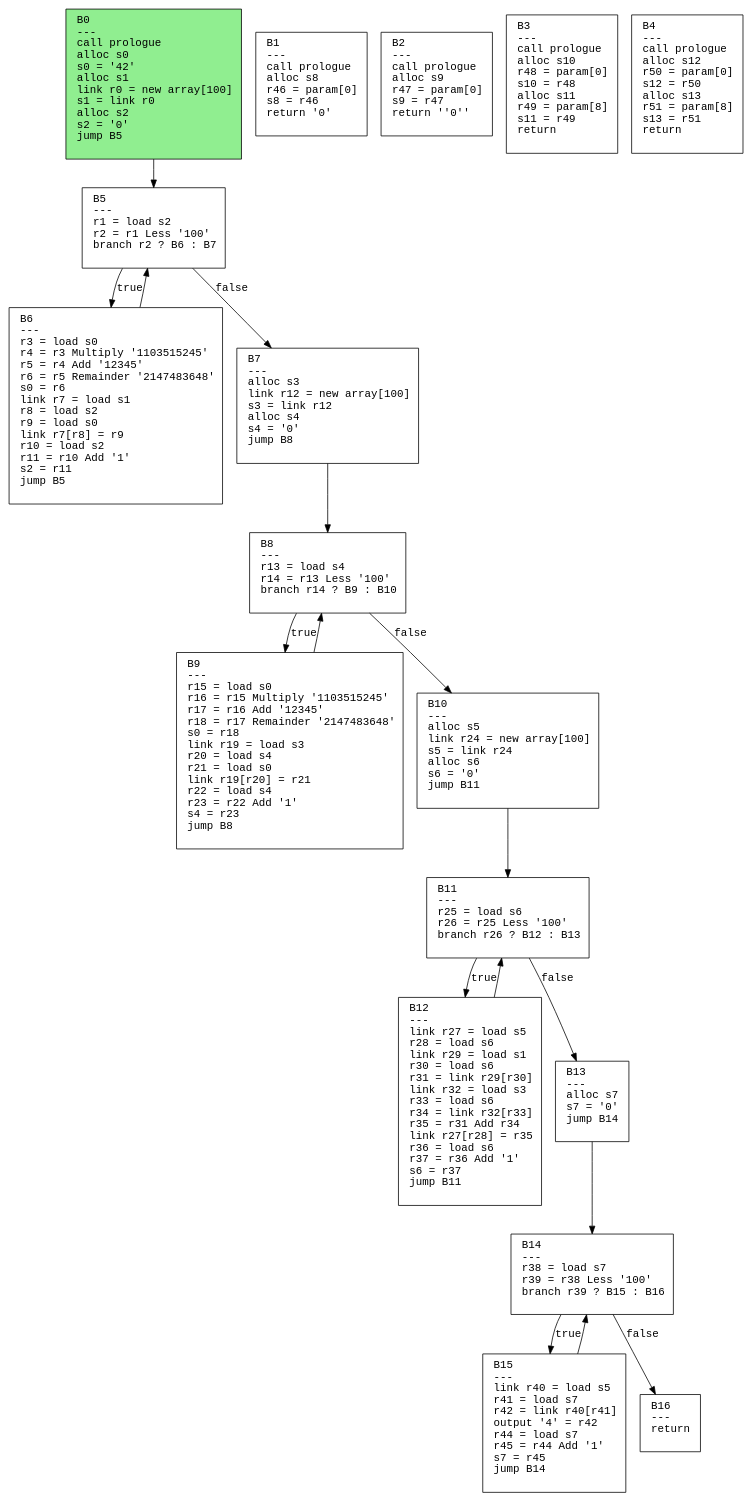
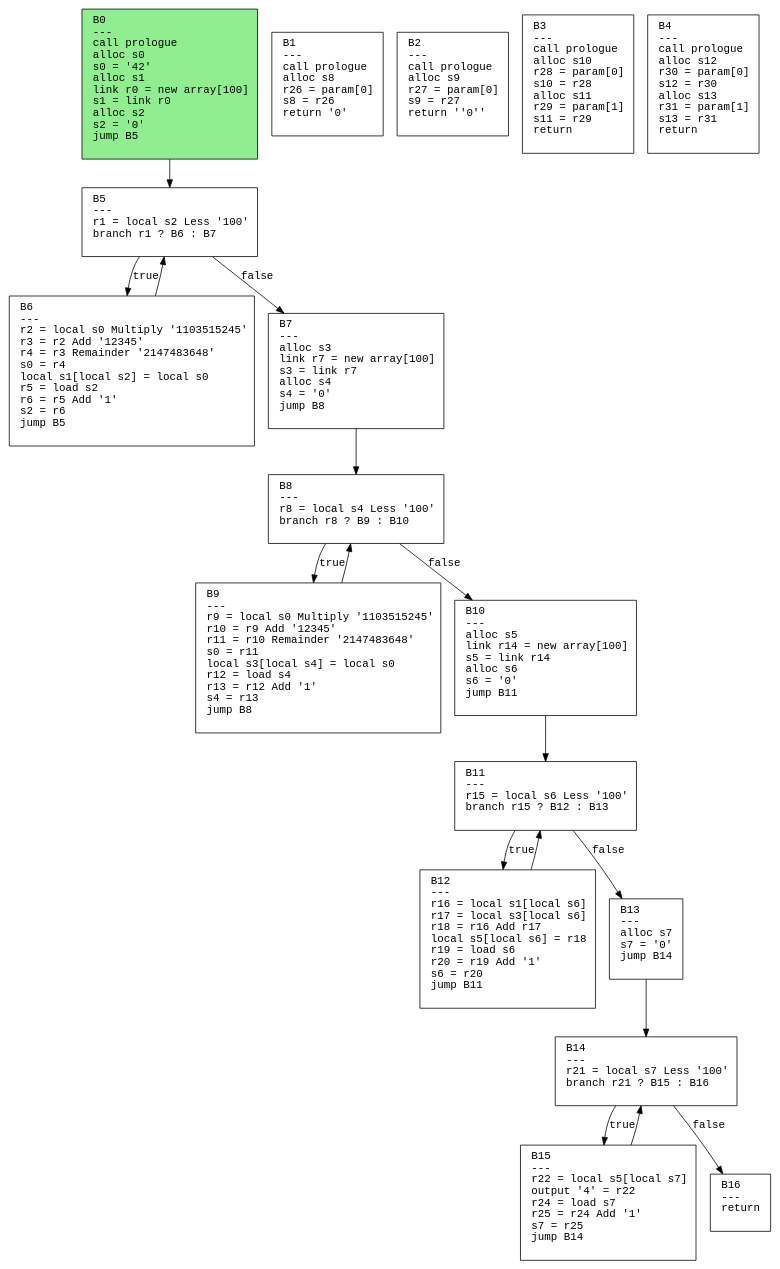
One commit to safarislava/ProcTranslator changed the diagram in output/vector_test.dot. Above: the diagram before and after it, drawn with Graphviz. The commit also changed 38 other files, not shown here.

```diff
--- a/output/vector_test.dot
+++ b/output/vector_test.dot
@@ -1,40 +1,40 @@
 digraph CFG {
   rankdir=TB;
   node [shape=box, fontname="Courier", style=filled, fillcolor=white, margin="0.2,0.1"];
   edge [fontname="Courier"];
 
   "B0" [label="B0\l---\lcall prologue\lalloc s0\ls0 = '42'\lalloc s1\llink r0 = new array[100]\ls1 = link r0\lalloc s2\ls2 = '0'\ljump B5\l "];
-  "B1" [label="B1\l---\lcall prologue\lalloc s8\lr46 = param[0]\ls8 = r46\lreturn '0'\l "];
-  "B2" [label="B2\l---\lcall prologue\lalloc s9\lr47 = param[0]\ls9 = r47\lreturn ''0''\l "];
-  "B3" [label="B3\l---\lcall prologue\lalloc s10\lr48 = param[0]\ls10 = r48\lalloc s11\lr49 = param[8]\ls11 = r49\lreturn\l "];
-  "B4" [label="B4\l---\lcall prologue\lalloc s12\lr50 = param[0]\ls12 = r50\lalloc s13\lr51 = param[8]\ls13 = r51\lreturn\l "];
-  "B5" [label="B5\l---\lr1 = load s2\lr2 = r1 Less '100'\lbranch r2 ? B6 : B7\l "];
-  "B6" [label="B6\l---\lr3 = load s0\lr4 = r3 Multiply '1103515245'\lr5 = r4 Add '12345'\lr6 = r5 Remainder '2147483648'\ls0 = r6\llink r7 = load s1\lr8 = load s2\lr9 = load s0\llink r7[r8] = r9\lr10 = load s2\lr11 = r10 Add '1'\ls2 = r11\ljump B5\l "];
-  "B7" [label="B7\l---\lalloc s3\llink r12 = new array[100]\ls3 = link r12\lalloc s4\ls4 = '0'\ljump B8\l "];
-  "B8" [label="B8\l---\lr13 = load s4\lr14 = r13 Less '100'\lbranch r14 ? B9 : B10\l "];
-  "B9" [label="B9\l---\lr15 = load s0\lr16 = r15 Multiply '1103515245'\lr17 = r16 Add '12345'\lr18 = r17 Remainder '2147483648'\ls0 = r18\llink r19 = load s3\lr20 = load s4\lr21 = load s0\llink r19[r20] = r21\lr22 = load s4\lr23 = r22 Add '1'\ls4 = r23\ljump B8\l "];
-  "B10" [label="B10\l---\lalloc s5\llink r24 = new array[100]\ls5 = link r24\lalloc s6\ls6 = '0'\ljump B11\l "];
-  "B11" [label="B11\l---\lr25 = load s6\lr26 = r25 Less '100'\lbranch r26 ? B12 : B13\l "];
-  "B12" [label="B12\l---\llink r27 = load s5\lr28 = load s6\llink r29 = load s1\lr30 = load s6\lr31 = link r29[r30]\llink r32 = load s3\lr33 = load s6\lr34 = link r32[r33]\lr35 = r31 Add r34\llink r27[r28] = r35\lr36 = load s6\lr37 = r36 Add '1'\ls6 = r37\ljump B11\l "];
+  "B1" [label="B1\l---\lcall prologue\lalloc s8\lr26 = param[0]\ls8 = r26\lreturn '0'\l "];
+  "B2" [label="B2\l---\lcall prologue\lalloc s9\lr27 = param[0]\ls9 = r27\lreturn ''0''\l "];
+  "B3" [label="B3\l---\lcall prologue\lalloc s10\lr28 = param[0]\ls10 = r28\lalloc s11\lr29 = param[1]\ls11 = r29\lreturn\l "];
+  "B4" [label="B4\l---\lcall prologue\lalloc s12\lr30 = param[0]\ls12 = r30\lalloc s13\lr31 = param[1]\ls13 = r31\lreturn\l "];
+  "B5" [label="B5\l---\lr1 = local s2 Less '100'\lbranch r1 ? B6 : B7\l "];
+  "B6" [label="B6\l---\lr2 = local s0 Multiply '1103515245'\lr3 = r2 Add '12345'\lr4 = r3 Remainder '2147483648'\ls0 = r4\llocal s1[local s2] = local s0\lr5 = load s2\lr6 = r5 Add '1'\ls2 = r6\ljump B5\l "];
+  "B7" [label="B7\l---\lalloc s3\llink r7 = new array[100]\ls3 = link r7\lalloc s4\ls4 = '0'\ljump B8\l "];
+  "B8" [label="B8\l---\lr8 = local s4 Less '100'\lbranch r8 ? B9 : B10\l "];
+  "B9" [label="B9\l---\lr9 = local s0 Multiply '1103515245'\lr10 = r9 Add '12345'\lr11 = r10 Remainder '2147483648'\ls0 = r11\llocal s3[local s4] = local s0\lr12 = load s4\lr13 = r12 Add '1'\ls4 = r13\ljump B8\l "];
+  "B10" [label="B10\l---\lalloc s5\llink r14 = new array[100]\ls5 = link r14\lalloc s6\ls6 = '0'\ljump B11\l "];
+  "B11" [label="B11\l---\lr15 = local s6 Less '100'\lbranch r15 ? B12 : B13\l "];
+  "B12" [label="B12\l---\lr16 = local s1[local s6]\lr17 = local s3[local s6]\lr18 = r16 Add r17\llocal s5[local s6] = r18\lr19 = load s6\lr20 = r19 Add '1'\ls6 = r20\ljump B11\l "];
   "B13" [label="B13\l---\lalloc s7\ls7 = '0'\ljump B14\l "];
-  "B14" [label="B14\l---\lr38 = load s7\lr39 = r38 Less '100'\lbranch r39 ? B15 : B16\l "];
-  "B15" [label="B15\l---\llink r40 = load s5\lr41 = load s7\lr42 = link r40[r41]\loutput '4' = r42\lr44 = load s7\lr45 = r44 Add '1'\ls7 = r45\ljump B14\l "];
+  "B14" [label="B14\l---\lr21 = local s7 Less '100'\lbranch r21 ? B15 : B16\l "];
+  "B15" [label="B15\l---\lr22 = local s5[local s7]\loutput '4' = r22\lr24 = load s7\lr25 = r24 Add '1'\ls7 = r25\ljump B14\l "];
   "B16" [label="B16\l---\lreturn\l "];
   "B0" -> "B5";
   "B5" -> "B6" [label="true"];
   "B5" -> "B7" [label="false"];
   "B6" -> "B5";
   "B7" -> "B8";
   "B8" -> "B9" [label="true"];
   "B8" -> "B10" [label="false"];
   "B9" -> "B8";
   "B10" -> "B11";
   "B11" -> "B12" [label="true"];
   "B11" -> "B13" [label="false"];
   "B12" -> "B11";
   "B13" -> "B14";
   "B14" -> "B15" [label="true"];
   "B14" -> "B16" [label="false"];
   "B15" -> "B14";
   "B0" [fillcolor=lightgreen];
 }
```
